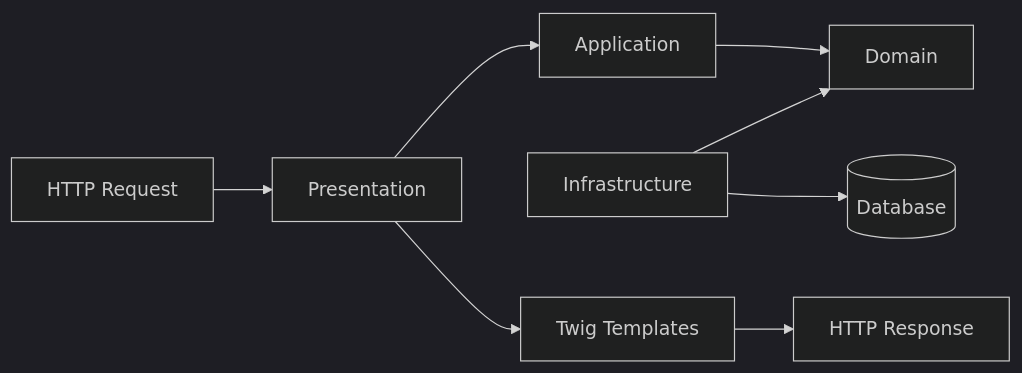
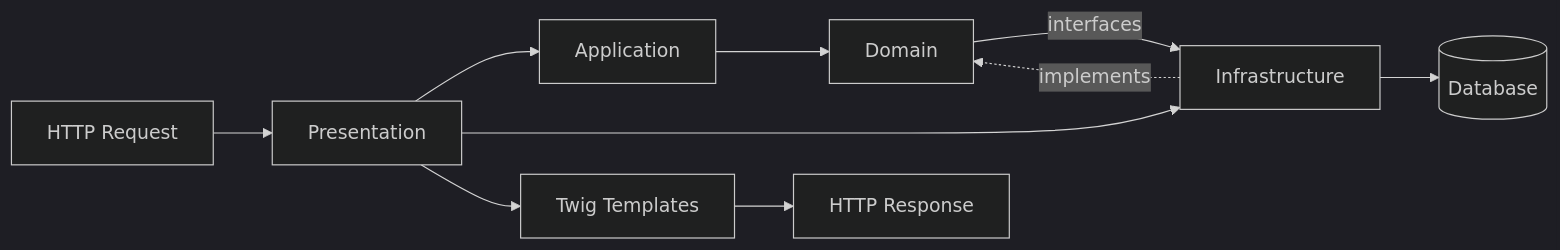
One commit to humanuoid/symfony-learning-lab changed the diagram in aidd_docs/memory/architecture.md. Above: the diagram before and after it, drawn with Mermaid (dark theme). The commit also changed other lines of this file and 2 other files, not shown here.

First line of the commit message:
docs(architecture): enforce layer constraints and fix implementation paths

````diff
--- a/aidd_docs/memory/architecture.md
+++ b/aidd_docs/memory/architecture.md
@@ -16,10 +16,12 @@
 ```mermaid
 flowchart LR
     Request[HTTP Request] --> Presentation[Presentation]
     Presentation --> Application[Application]
     Application --> Domain[Domain]
-    Infrastructure[Infrastructure] --> Domain
+    Domain -->|interfaces| Infrastructure[Infrastructure]
     Infrastructure --> Database[(Database)]
+    Infrastructure -.->|implements| Domain
+    Presentation --> Infrastructure
     Presentation --> Twig[Twig Templates]
     Twig --> Response[HTTP Response]
 ```
````
